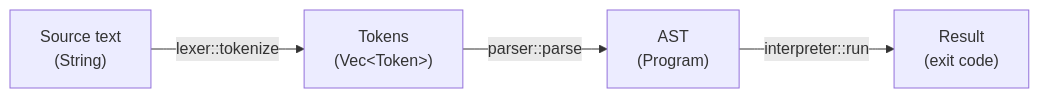
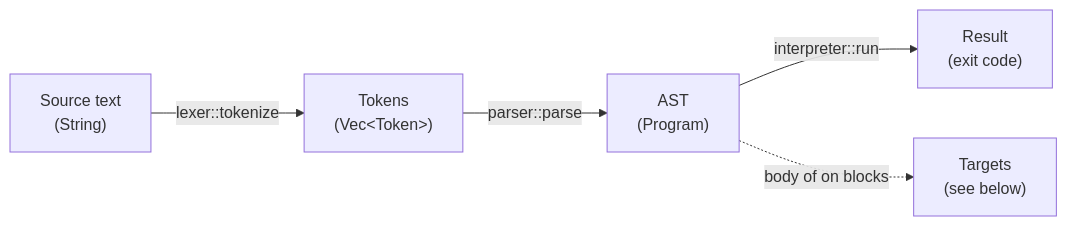
One commit to damienBloch/qlc changed the first of 3 diagrams in docs/architecture.md. Above: the diagram before and after it, drawn with Mermaid. The commit also changed other lines of this file and 5 other files, not shown here.

````diff
--- a/docs/architecture.md
+++ b/docs/architecture.md
@@ -9,11 +10,12 @@
 ```mermaid
 flowchart LR
     source["Source text<br/>(String)"]
     tokens["Tokens<br/>(Vec&lt;Token&gt;)"]
     ast["AST<br/>(Program)"]
     result["Result<br/>(exit code)"]
 
     source -- "lexer::tokenize" --> tokens
     tokens -- "parser::parse" --> ast
     ast -- "interpreter::run" --> result
+    ast -. "body of on blocks" .-> targets["Targets<br/>(see below)"]
 ```
````
